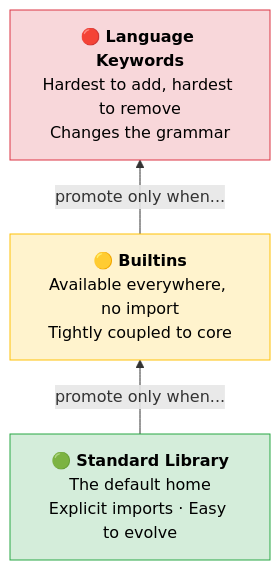
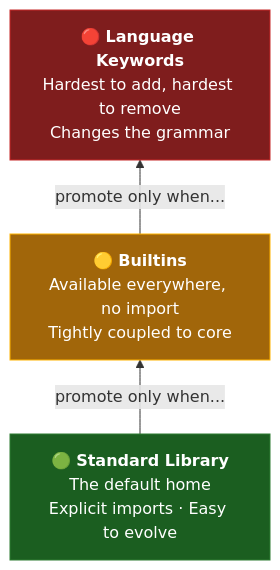
The second of 4 diagrams in docs/blog/posts/designing_new_abstractions_for_jac.md (jaseci-labs/jaseci-blogs), drawn with Mermaid before and after one commit. The commit also changed other lines of this file, not shown here.

First line of the commit message:
fix: mermaid diagram contrast in dark mode

````diff
--- a/docs/blog/posts/designing_new_abstractions_for_jac.md
+++ b/docs/blog/posts/designing_new_abstractions_for_jac.md
@@ -70,13 +71,16 @@
 ```mermaid
 graph BT
     S["🟢 <b>Standard Library</b><br/>The default home<br/>Explicit imports · Easy to evolve"]
     B["🟡 <b>Builtins</b><br/>Available everywhere, no import<br/>Tightly coupled to core"]
     K["🔴 <b>Language Keywords</b><br/>Hardest to add, hardest to remove<br/>Changes the grammar"]
 
     S -- "promote only when..." --> B
     B -- "promote only when..." --> K
 
-    style S fill:#d4edda,stroke:#28a745,color:#000
-    style B fill:#fff3cd,stroke:#ffc107,color:#000
-    style K fill:#f8d7da,stroke:#dc3545,color:#000
+    classDef green fill:#1b5e20,stroke:#2e7d32,color:#ffffff
+    classDef yellow fill:#a1660a,stroke:#ffb300,color:#ffffff
+    classDef red fill:#7f1d1d,stroke:#c62828,color:#ffffff
+    class S green
+    class B yellow
+    class K red
 ```
````
